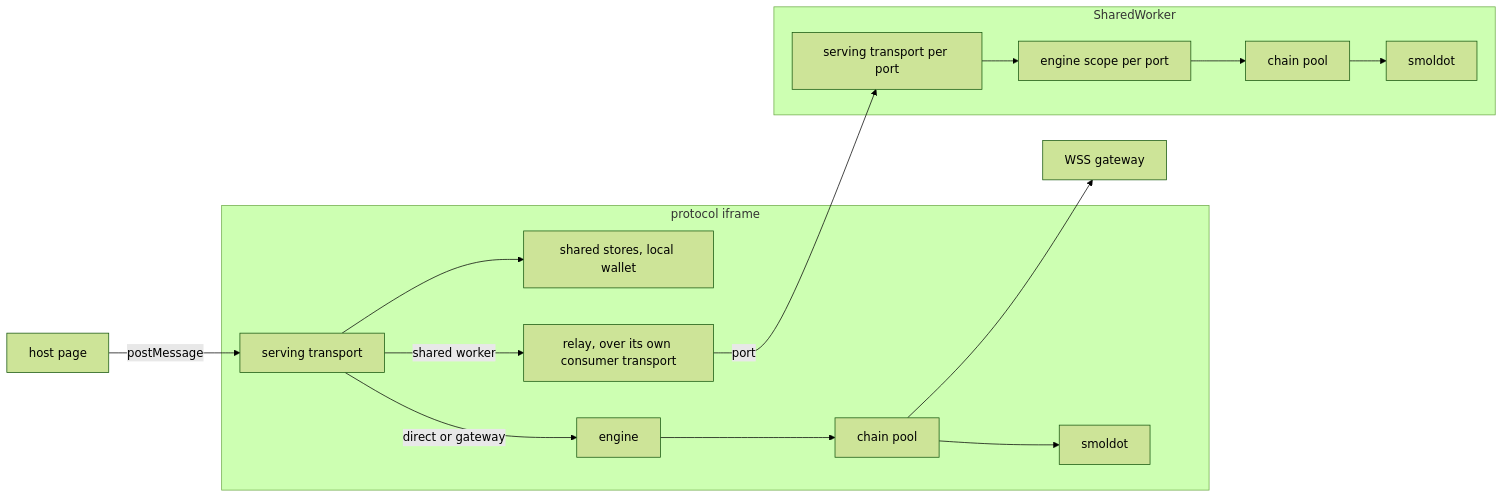
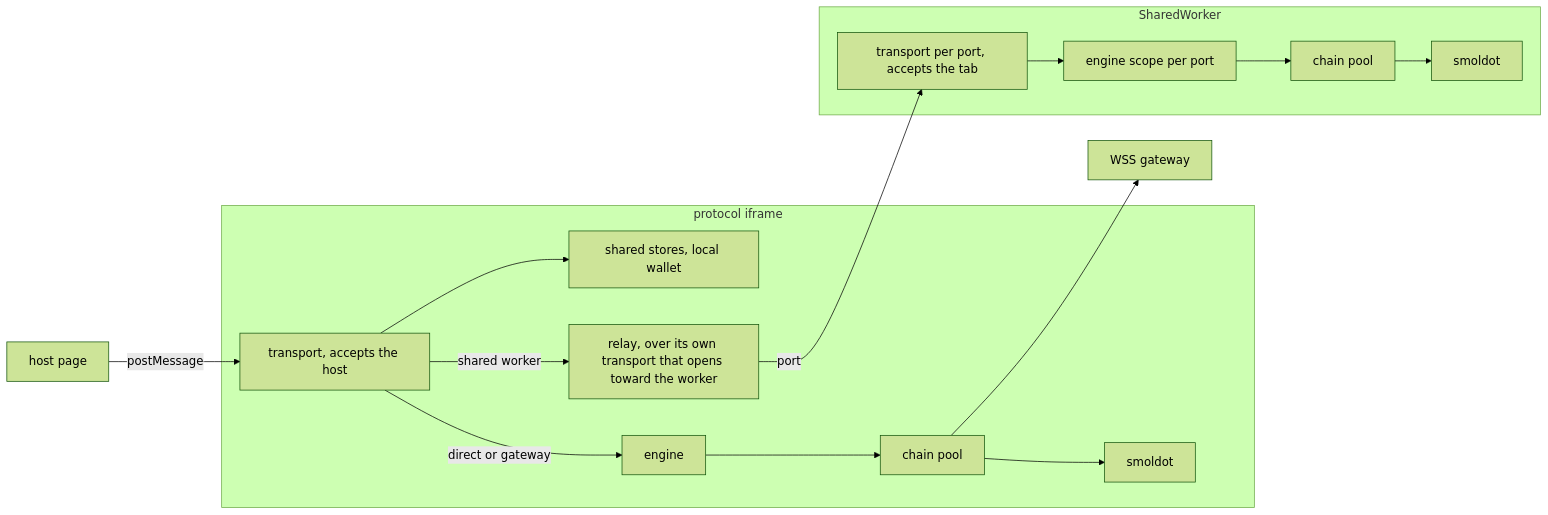
Before and after one commit to paritytech/dotli-community: the diagram in apps/protocol/README.md, drawn with Mermaid (forest theme). The commit also changed other lines of this file and 56 other files, not shown here.

First line of the commit message:
refactor(protocol-app): the frame and the SharedWorker serve and relay through the transport library

````diff
--- a/apps/protocol/README.md
+++ b/apps/protocol/README.md
@@ -72,16 +89,16 @@
 ```mermaid
 flowchart LR
   host[host page] -- postMessage --> serving
   subgraph frame[protocol iframe]
-    serving[serving transport] --> stores["shared stores, local wallet"]
+    serving["transport, accepts the host"] --> stores["shared stores, local wallet"]
     serving -- direct or gateway --> engine --> pool[chain pool]
     pool --> smoldot
-    serving -- shared worker --> relay["relay, over its own consumer transport"]
+    serving -- shared worker --> relay["relay, over its own transport that opens toward the worker"]
   end
   pool --> gateway[WSS gateway]
   relay -- port --> portServing
   subgraph worker[SharedWorker]
-    portServing[serving transport per port] --> scope[engine scope per port] --> workerPool[chain pool]
+    portServing["transport per port, accepts the tab"] --> scope[engine scope per port] --> workerPool[chain pool]
     workerPool --> workerSmoldot[smoldot]
   end
 ```
````
